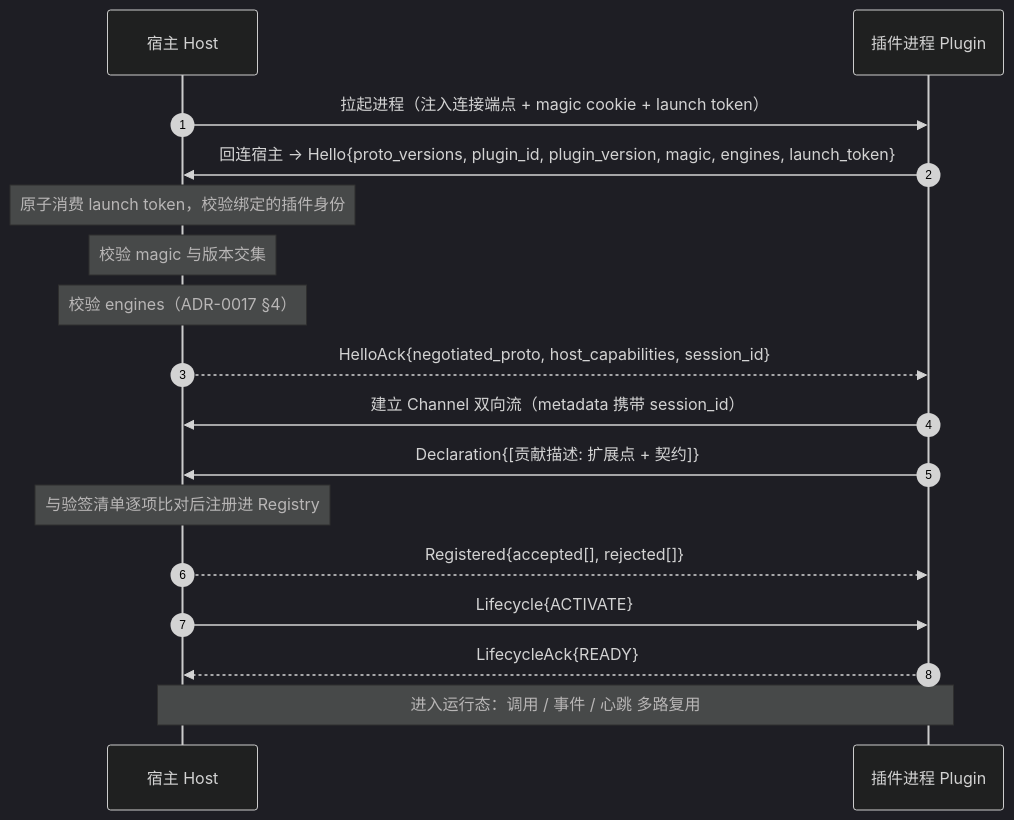
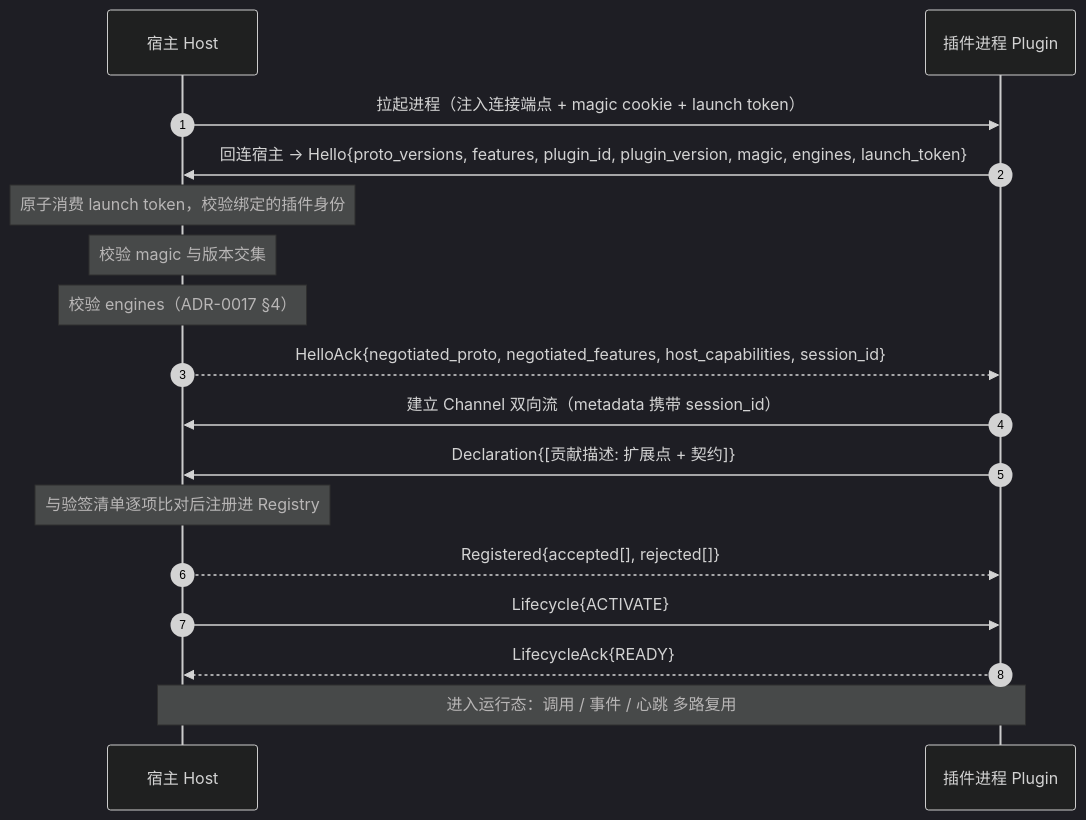
Before and after one commit to yandt/VastPlan: the second of 3 diagrams in docs/dev/architecture/插件契约与协议.md, drawn with Mermaid (dark theme). The commit also changed other lines of this file and 46 other files, not shown here.

````diff
--- a/docs/dev/architecture/插件契约与协议.md
+++ b/docs/dev/architecture/插件契约与协议.md
@@ -272,20 +273,20 @@
 ```mermaid
 sequenceDiagram
     autonumber
     participant H as 宿主 Host
     participant P as 插件进程 Plugin
 
     H->>P: 拉起进程（注入连接端点 + magic cookie + launch token）
-    P->>H: 回连宿主 → Hello{proto_versions, plugin_id, plugin_version, magic, engines, launch_token}
+    P->>H: 回连宿主 → Hello{proto_versions, features, plugin_id, plugin_version, magic, engines, launch_token}
     Note over H: 原子消费 launch token，校验绑定的插件身份
     Note over H: 校验 magic 与版本交集
     Note over H: 校验 engines（ADR-0017 §4）
-    H-->>P: HelloAck{negotiated_proto, host_capabilities, session_id}
+    H-->>P: HelloAck{negotiated_proto, negotiated_features, host_capabilities, session_id}
     P->>H: 建立 Channel 双向流（metadata 携带 session_id）
     P->>H: Declaration{[贡献描述: 扩展点 + 契约]}
     Note over H: 与验签清单逐项比对后注册进 Registry
     H-->>P: Registered{accepted[], rejected[]}
     H->>P: Lifecycle{ACTIVATE}
     P-->>H: LifecycleAck{READY}
     Note over H,P: 进入运行态：调用 / 事件 / 心跳 多路复用
 ```
````
